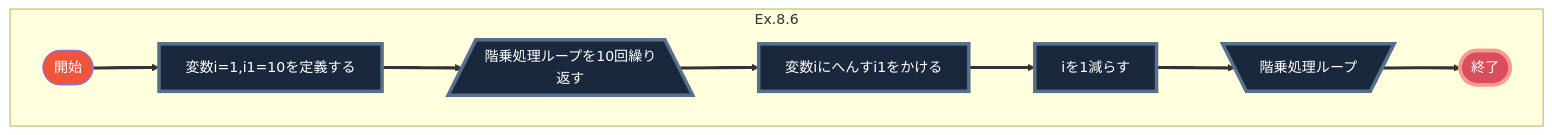
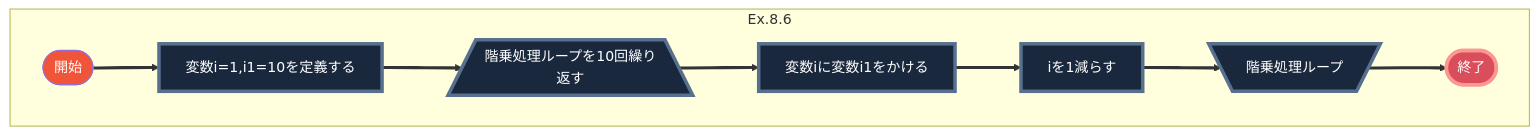
Before and after one commit to Shion1305/2021_YNUB1_IntroToProgramming: the fifth of 5 diagrams in 第15回/README.md, drawn with Mermaid. The commit also changed other lines of this file and 3 other files, not shown here.

````diff
--- a/第15回/README.md
+++ b/第15回/README.md
@@ -92,15 +92,15 @@
 ```mermaid
 
 graph TD
     subgraph Ex.8.6
     A1([開始]):::Start ==>B1[変数i=1,i1=10を定義する]:::Operation
     B1==> C1[/階乗処理ループを10回繰り返す\]:::Operation
-    C1 ==> C2[変数iにへんすi1をかける]:::Operation
+    C1 ==> C2[変数iに変数i1をかける]:::Operation
     C2 ==>D1[iを1減らす]:::Operation==>E1
     E1[\階乗処理ループ/]:::Operation ==> G1([終了]):::End
 	end
 classDef Start fill:#f0553a,color:white
 classDef Operation fill:#1a283d,stroke:#57708d,color:white,stroke-width:4px
 classDef Switch fill:#3e5b85,stroke:#70c0d8,color:white,stroke-width:6px
 classDef End fill:#d94e5a,stroke:#fa9891,color:white,stroke-width:4px
 ```
````
